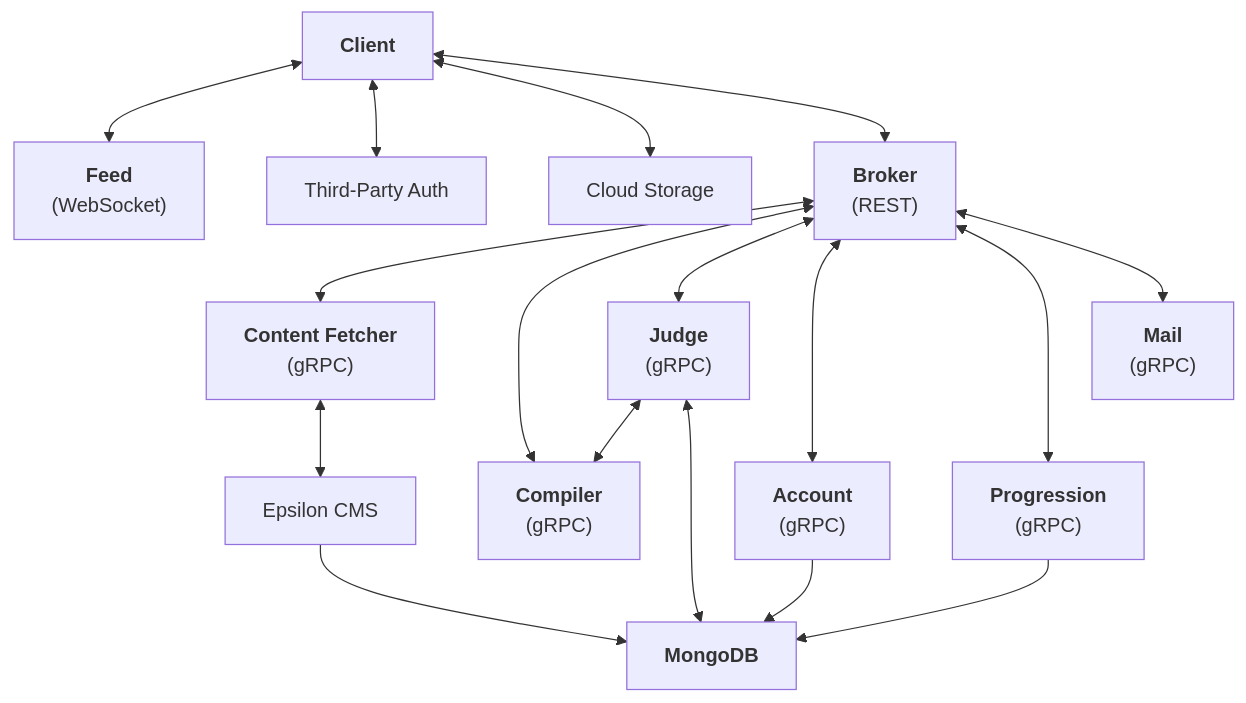
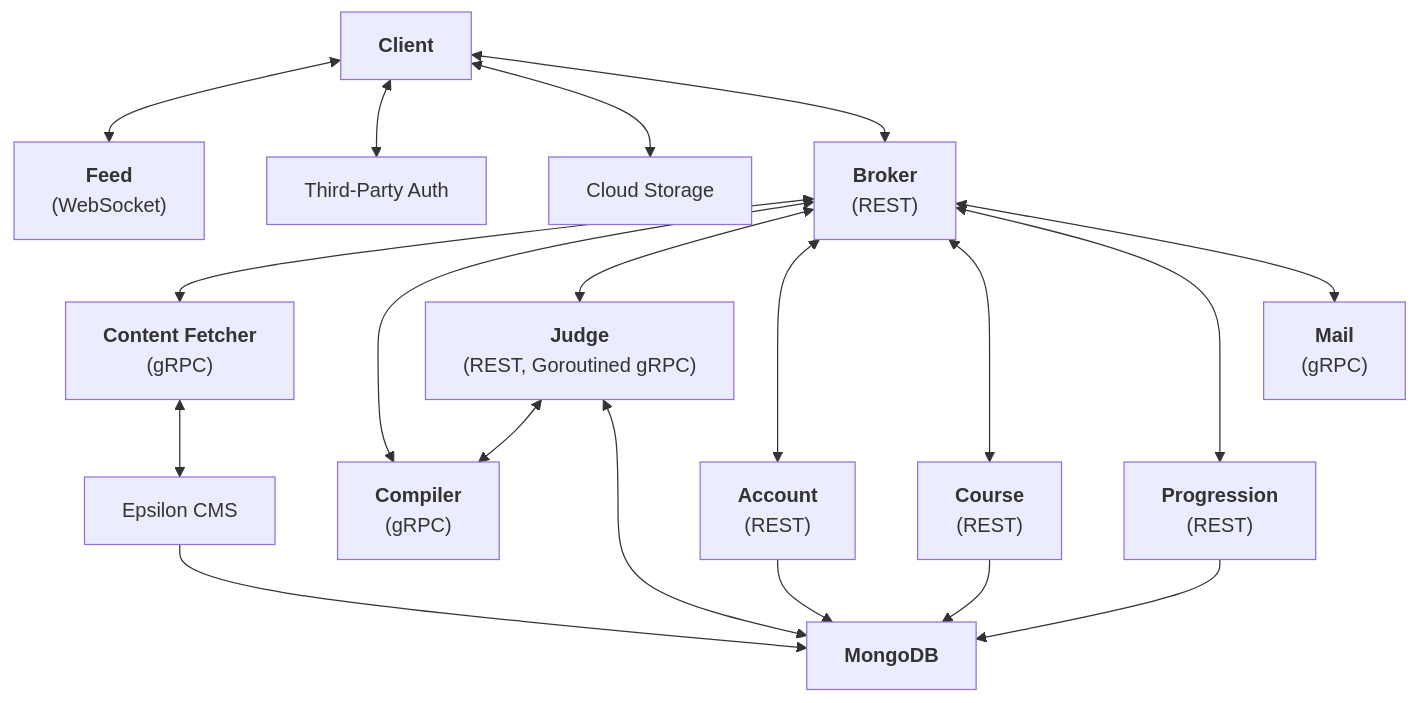
One commit to abyanmajid/picco changed the diagram in README.md. Above: the diagram before and after it, drawn with Mermaid.

Commit message:
add: conversion from grpc to rest for database read-writes

````diff
--- a/README.md
+++ b/README.md
@@ -12,35 +12,38 @@
 ```mermaid
 graph TD
     Client["<b>Client</b>"]
     Feed["<b>Feed</b><br>(WebSocket)"]
     Broker["<b>Broker</b><br>(REST)"]
     Auth["Third-Party Auth"]
     S3["Cloud Storage"]
     Epsilon["Epsilon CMS"]
-    Account["<b>Account</b><br>(gRPC)"]
-    Progression["<b>Progression</b><br>(gRPC)"]
+    Account["<b>Account</b><br>(REST)"]
+    Course["<b>Course</b><br>(REST)"]
+    Progression["<b>Progression</b><br>(REST)"]
     Compiler["<b>Compiler</b><br>(gRPC)"]
-    Judge["<b>Judge</b><br>(gRPC)"]
+    Judge["<b>Judge</b><br>(REST, Goroutined gRPC)"]
     CF["<b>Content Fetcher</b><br>(gRPC)"]
     Mail["<b>Mail</b><br>(gRPC)"]
     MongoDB["<b>MongoDB</b>"]
 
     Client <--> Feed
     Client <--> Auth
     Client <--> S3
     Client <--> Broker
 
     Broker <--> CF
     Broker <--> Compiler
     Broker <--> Judge
     Broker <--> Account
+    Broker <--> Course
     Broker <--> Progression
     Broker <--> Mail
 
     Account --> MongoDB
+    Course --> MongoDB
     Progression --> MongoDB
     Judge <--> Compiler
     Judge <--> MongoDB
     CF <--> Epsilon
     Epsilon --> MongoDB
 ```
````
